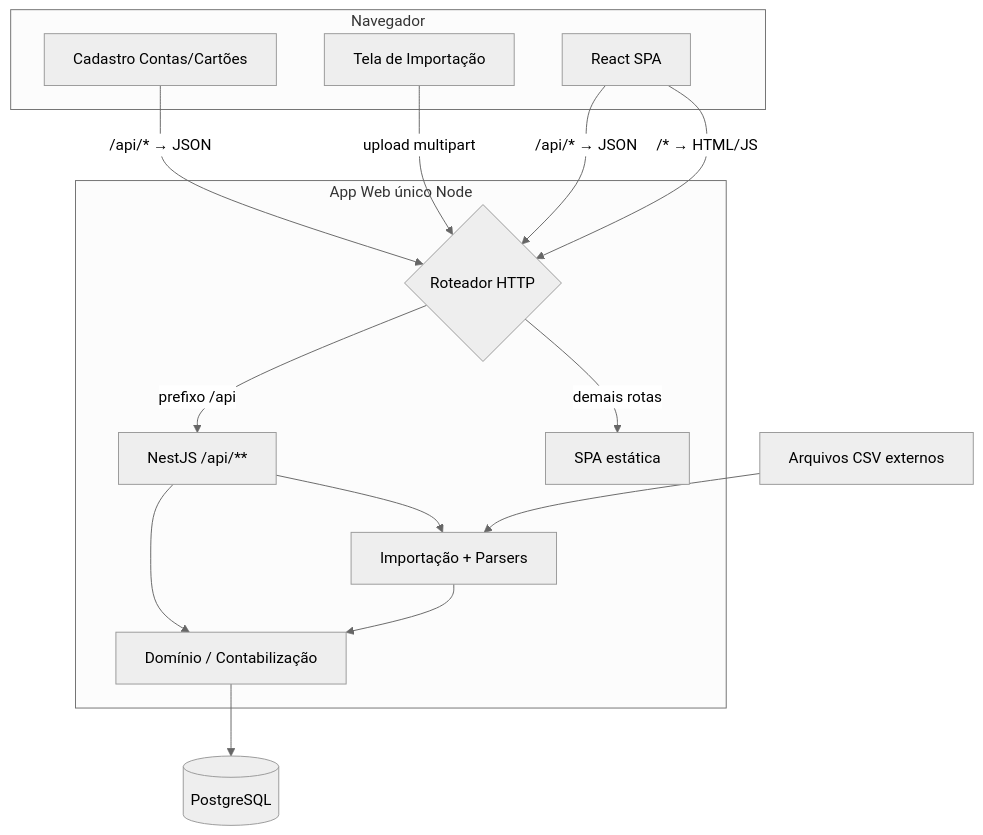
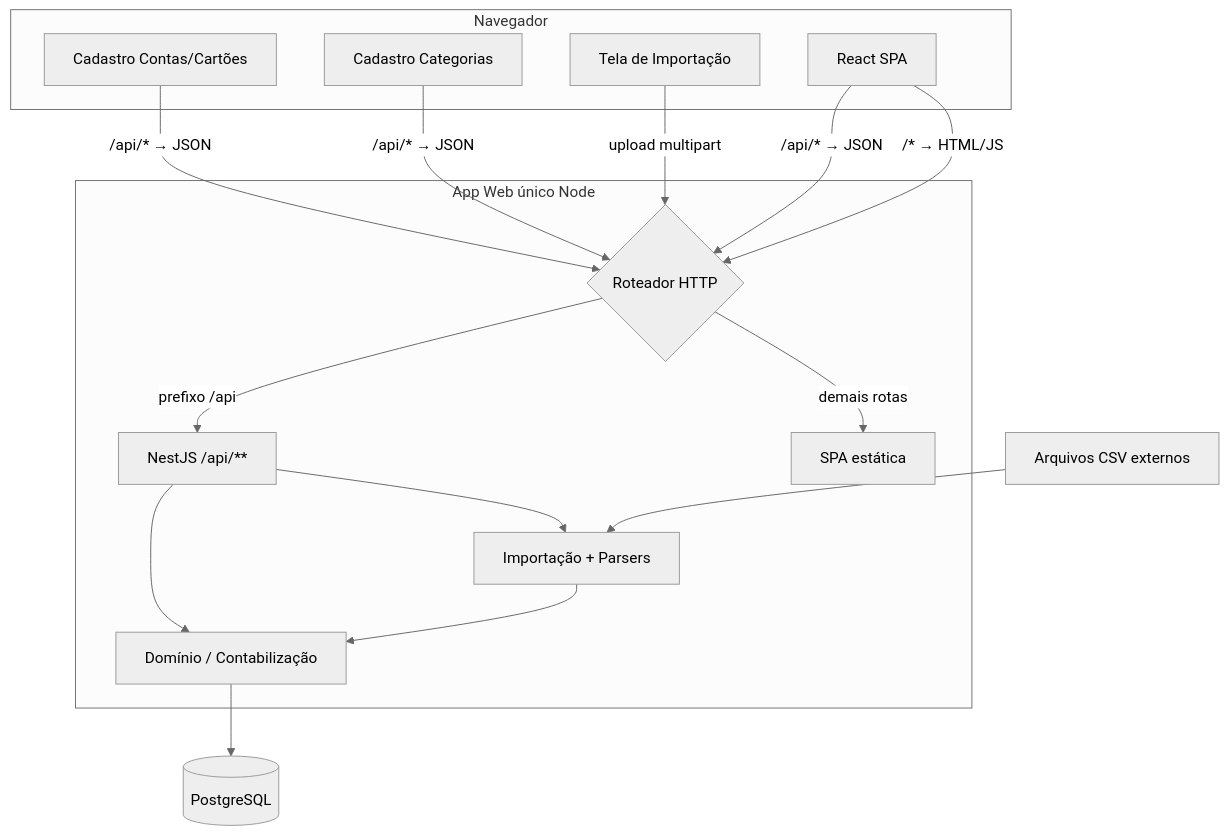
Before and after one commit to omarcovelho/mao-de-vaca: the first of 5 diagrams in docs/ARCHITECTURE.md, drawn with Mermaid (neutral theme). The commit also changed other lines of this file and 4 other files, not shown here.

````diff
--- a/docs/ARCHITECTURE.md
+++ b/docs/ARCHITECTURE.md
@@ -37,29 +37,31 @@
 ```mermaid
 flowchart TB
   subgraph browser [Navegador]
     AccountsUI[Cadastro Contas/Cartões]
+    CategoriesUI[Cadastro Categorias]
     ImportUI[Tela de Importação]
     UI[React SPA]
   end
   subgraph app [App Web único Node]
     Router{Roteador HTTP}
     API["NestJS /api/**"]
     Static[SPA estática]
     Domain[Domínio / Contabilização]
     ImportMod[Importação + Parsers]
   end
   DB[(PostgreSQL)]
   CSV[Arquivos CSV externos]
 
   AccountsUI -->|"/api/* → JSON"| Router
+  CategoriesUI -->|"/api/* → JSON"| Router
   ImportUI -->|upload multipart| Router
   UI -->|"/api/* → JSON"| Router
   UI -->|"/* → HTML/JS"| Router
   Router -->|prefixo /api| API
   Router -->|demais rotas| Static
   API --> Domain
   API --> ImportMod
   Domain --> DB
   ImportMod --> Domain
   CSV --> ImportMod
 ```
````
